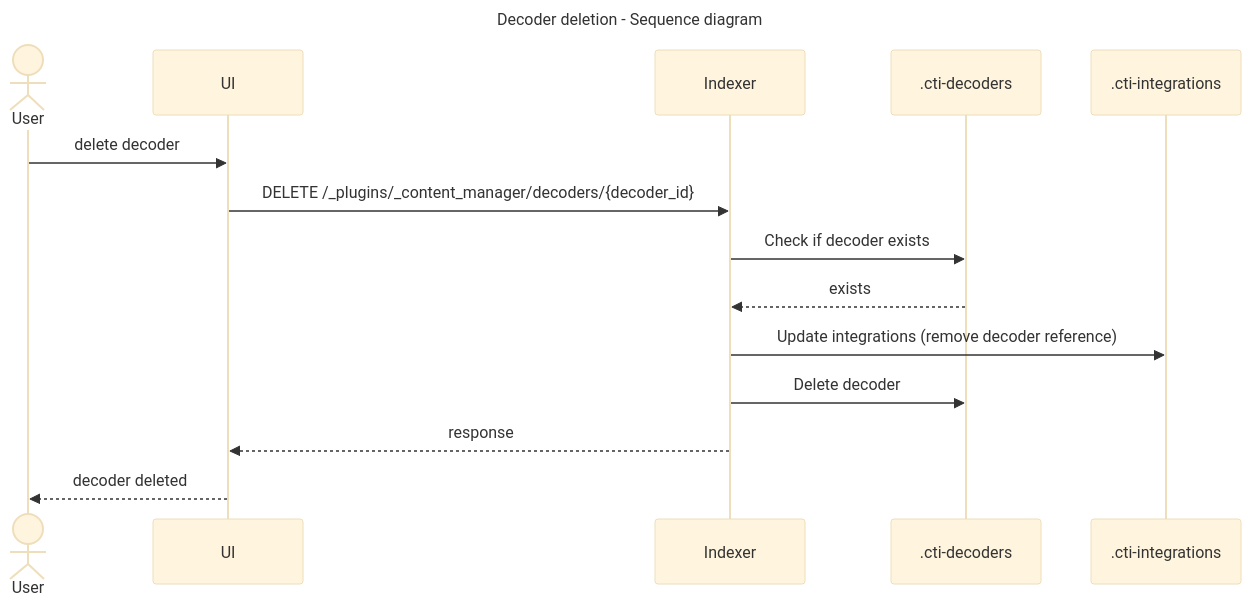
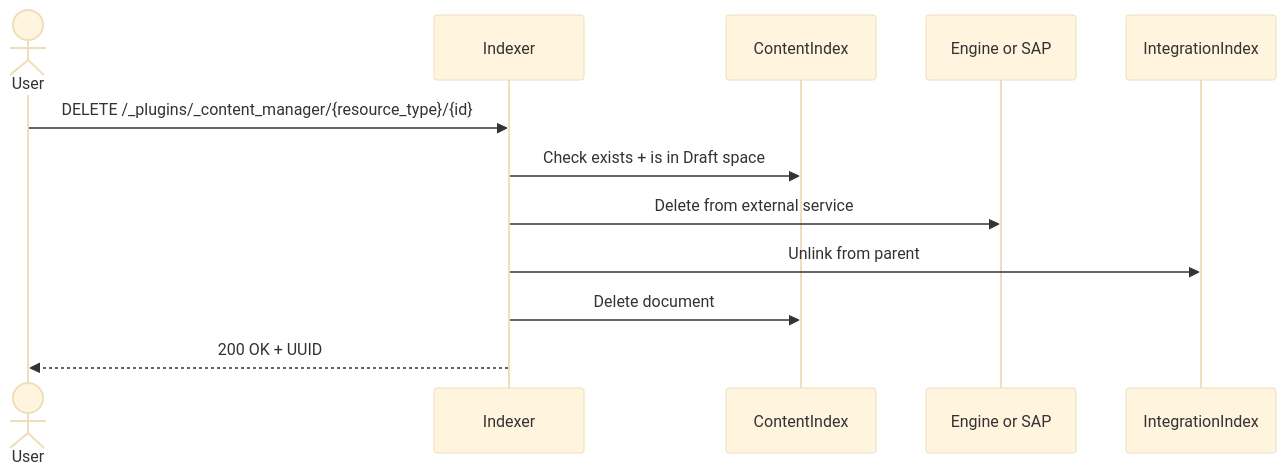
The fifth of 6 diagrams in docs/dev/plugins/content-manager.md (wazuh/wazuh-indexer-plugins), drawn with Mermaid (base theme) before and after one commit. The commit also changed other lines of this file and 15 other files, not shown here.

````diff
--- a/docs/dev/plugins/content-manager.md
+++ b/docs/dev/plugins/content-manager.md
@@ -396,20 +459,15 @@
 ```mermaid
----
-title: Decoder deletion - Sequence diagram
----
 sequenceDiagram
     actor User
-    participant UI
     participant Indexer
-    participant DecoderIndex as .cti-decoders
-    participant IntegrationIndex as .cti-integrations
+    participant ContentIndex
+    participant Engine/SAP as Engine or SAP
+    participant IntegrationIndex
 
-    User->>UI: delete decoder
-    UI->>Indexer: DELETE /_plugins/_content_manager/decoders/{decoder_id}
-    Indexer->>DecoderIndex: Check if decoder exists
-    DecoderIndex-->>Indexer: exists
-    Indexer->>IntegrationIndex: Update integrations (remove decoder reference)
-    Indexer->>DecoderIndex: Delete decoder
-    Indexer-->>UI: response
-    UI-->>User: decoder deleted
+    User->>Indexer: DELETE /_plugins/_content_manager/{resource_type}/{id}
+    Indexer->>ContentIndex: Check exists + is in Draft space
+    Indexer->>Engine/SAP: Delete from external service
+    Indexer->>IntegrationIndex: Unlink from parent
+    Indexer->>ContentIndex: Delete document
+    Indexer-->>User: 200 OK + UUID
 ```
````
